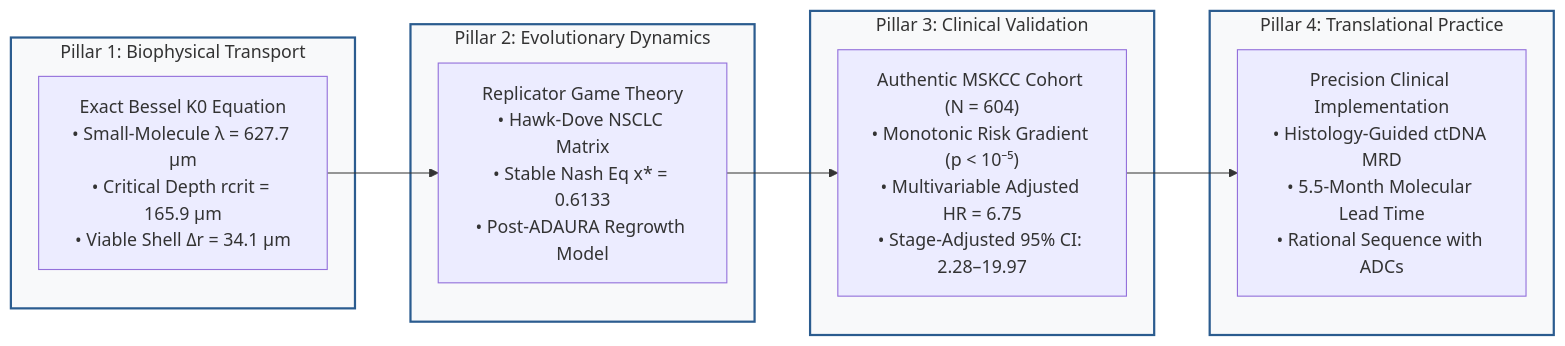
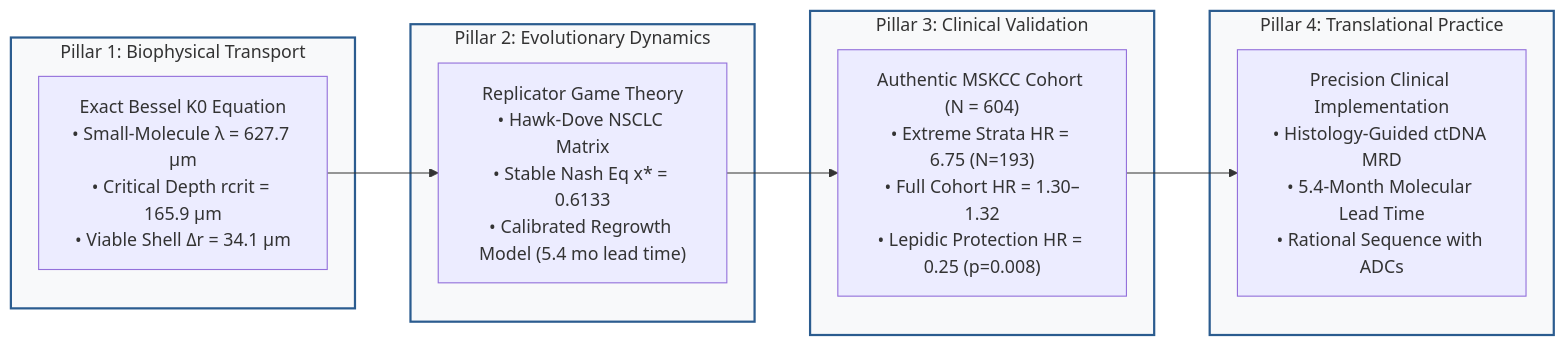
One commit to Lukecele/spatial-oncology-master changed the diagram in README.md. Above: the diagram before and after it, drawn with Mermaid. The commit also changed other lines of this file and 15 other files, not shown here.

````diff
--- a/README.md
+++ b/README.md
@@ -20,22 +20,22 @@
 ```mermaid
 flowchart LR
     subgraph P1["Pillar 1: Biophysical Transport"]
         A["Exact Bessel K0 Equation<br/>• Small-Molecule λ = 627.7 µm<br/>• Critical Depth rcrit = 165.9 µm<br/>• Viable Shell Δr = 34.1 µm"]
     end
     subgraph P2["Pillar 2: Evolutionary Dynamics"]
-        B["Replicator Game Theory<br/>• Hawk-Dove NSCLC Matrix<br/>• Stable Nash Eq x* = 0.6133<br/>• Post-ADAURA Regrowth Model"]
+        B["Replicator Game Theory<br/>• Hawk-Dove NSCLC Matrix<br/>• Stable Nash Eq x* = 0.6133<br/>• Calibrated Regrowth Model (5.4 mo lead time)"]
     end
     subgraph P3["Pillar 3: Clinical Validation"]
-        C["Authentic MSKCC Cohort (N = 604)<br/>• Monotonic Risk Gradient (p &lt; 10⁻⁵)<br/>• Multivariable Adjusted HR = 6.75<br/>• Stage-Adjusted 95% CI: 2.28–19.97"]
+        C["Authentic MSKCC Cohort (N = 604)<br/>• Extreme Strata HR = 6.75 (N=193)<br/>• Full Cohort HR = 1.30–1.32<br/>• Lepidic Protection HR = 0.25 (p=0.008)"]
     end
     subgraph P4["Pillar 4: Translational Practice"]
-        D["Precision Clinical Implementation<br/>• Histology-Guided ctDNA MRD<br/>• 5.5-Month Molecular Lead Time<br/>• Rational Sequence with ADCs"]
+        D["Precision Clinical Implementation<br/>• Histology-Guided ctDNA MRD<br/>• 5.4-Month Molecular Lead Time<br/>• Rational Sequence with ADCs"]
     end
 
     A --> B
     B --> C
     C --> D
 
     classDef pillar fill:#f8f9fa,stroke:#2b5c8f,stroke-width:2px;
     class P1,P2,P3,P4 pillar;
 ```
````
